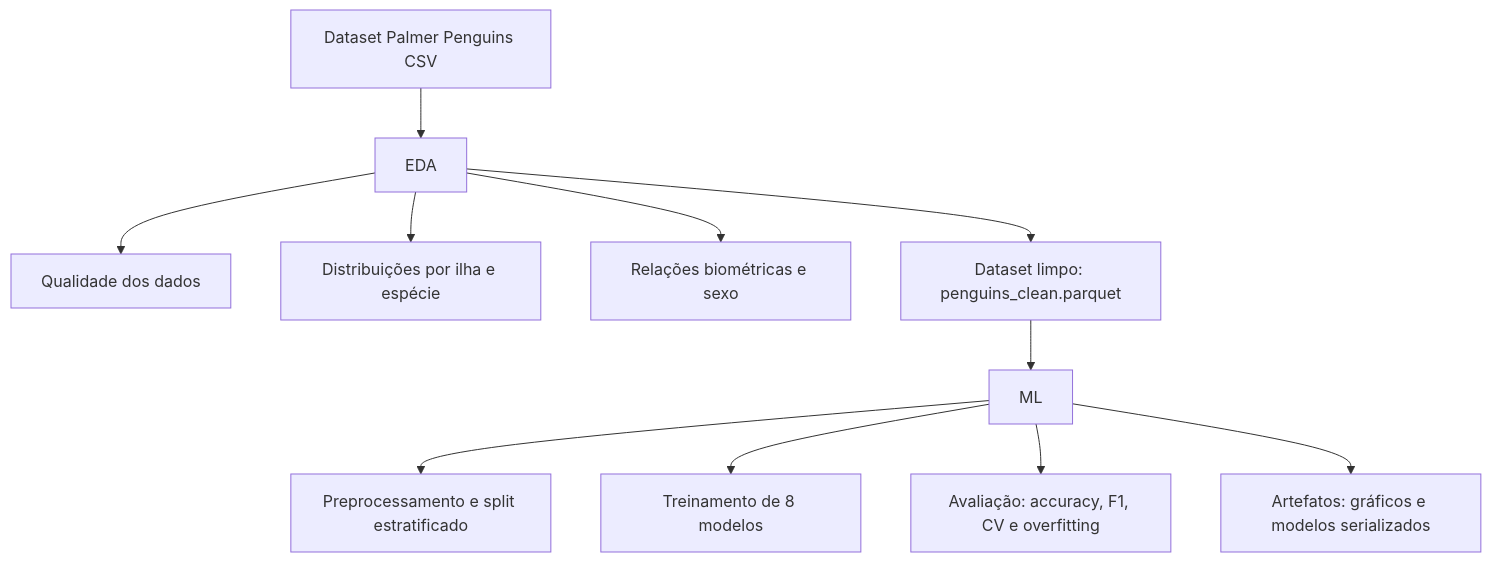
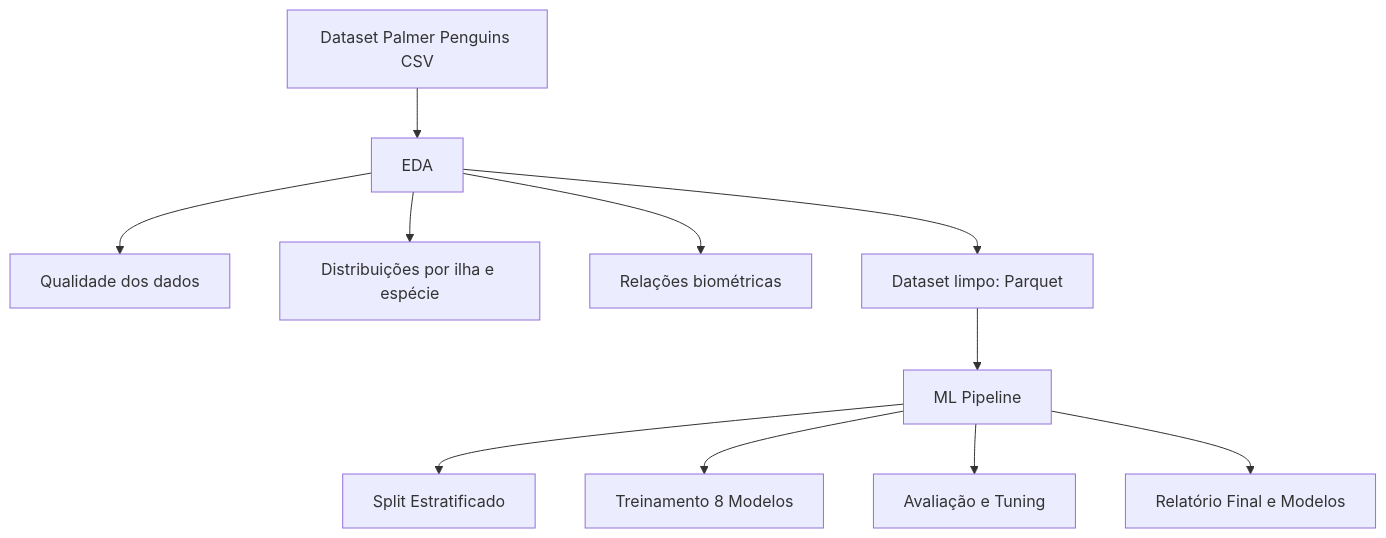
The diagram in README.md (lucenfort/eda-penguins-case), drawn with Mermaid before and after one commit. The commit also changed other lines of this file and 1 other file, not shown here.

````diff
--- a/README.md
+++ b/README.md
@@ -44,13 +64,13 @@
 ```mermaid
 flowchart TD
     A[Dataset Palmer Penguins CSV] --> B[EDA]
     B --> B1[Qualidade dos dados]
     B --> B2[Distribuições por ilha e espécie]
-    B --> B3[Relações biométricas e sexo]
-    B --> C[Dataset limpo: penguins_clean.parquet]
-    C --> D[ML]
-    D --> D1[Preprocessamento e split estratificado]
-    D --> D2[Treinamento de 8 modelos]
-    D --> D3[Avaliação: accuracy, F1, CV e overfitting]
-    D --> E[Artefatos: gráficos e modelos serializados]
+    B --> B3[Relações biométricas]
+    B --> C[Dataset limpo: Parquet]
+    C --> D[ML Pipeline]
+    D --> D1[Split Estratificado]
+    D --> D2[Treinamento 8 Modelos]
+    D --> D3[Avaliação e Tuning]
+    D --> E[Relatório Final e Modelos]
 ```
````
